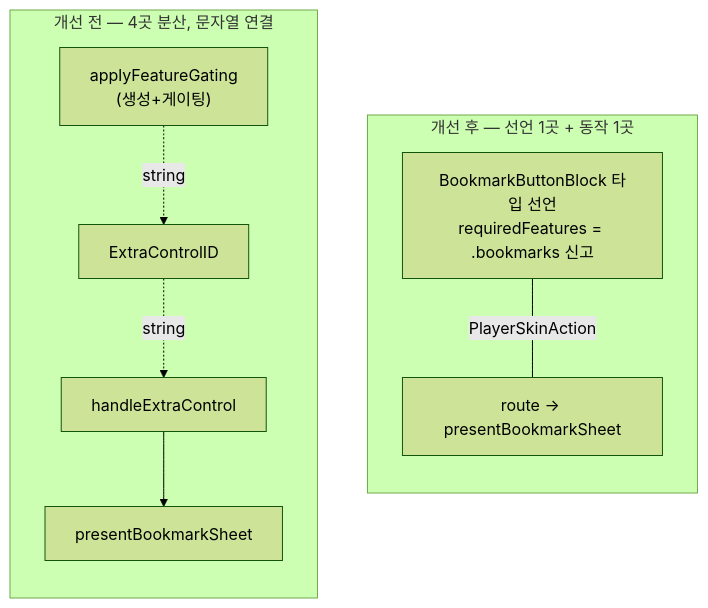
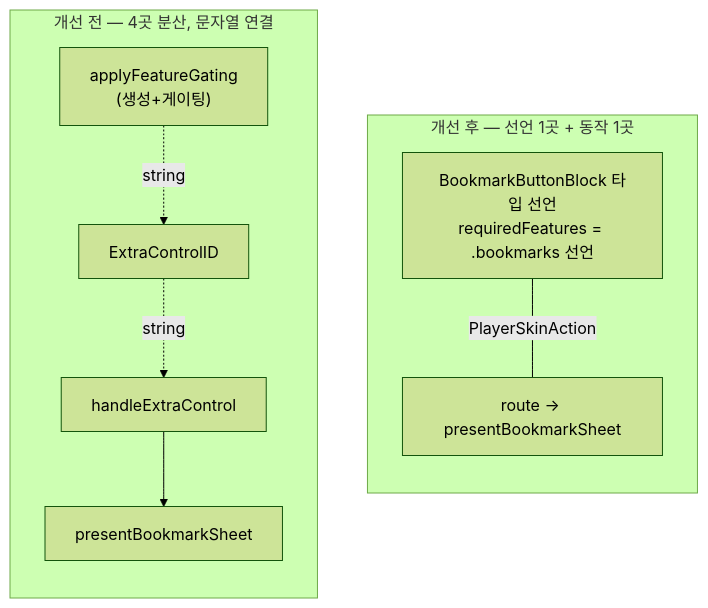
The seventh of 7 diagrams in docs/skin-feature-gating-redesign.md (megastudymobile/ms-videoplayer-ios), drawn with Mermaid (forest theme) before and after one commit. The commit also changed other lines of this file and 4 other files, not shown here.

````diff
--- a/docs/skin-feature-gating-redesign.md
+++ b/docs/skin-feature-gating-redesign.md
@@ -754,17 +754,17 @@
 ```mermaid
 flowchart LR
     subgraph Before["개선 전 — 4곳 분산, 문자열 연결"]
         direction TB
         b1["applyFeatureGating<br/>(생성+게이팅)"] -.string.-> b2["ExtraControlID"]
         b2 -.string.-> b3["handleExtraControl"] --> b4["presentBookmarkSheet"]
     end
 
     subgraph After["개선 후 — 선언 1곳 + 동작 1곳"]
         direction TB
-        a1["BookmarkButtonBlock 타입 선언<br/>requiredFeatures = .bookmarks 신고"]
+        a1["BookmarkButtonBlock 타입 선언<br/>requiredFeatures = .bookmarks 선언"]
         a2["route → presentBookmarkSheet"]
         a1 ---|"PlayerSkinAction"| a2
     end
 
     Before ~~~ After
 ```
````
